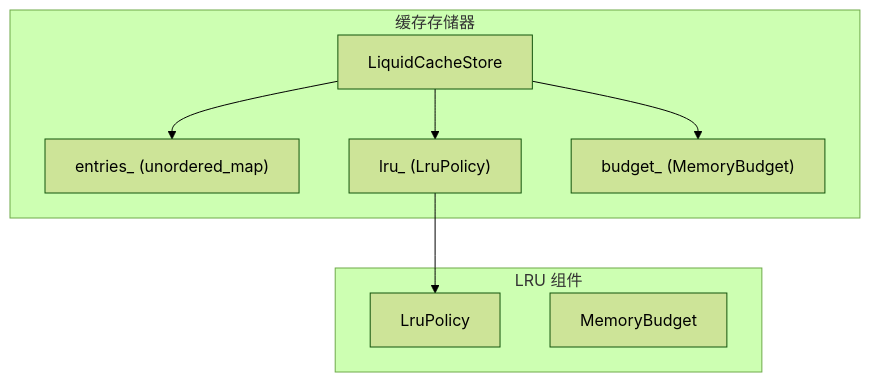
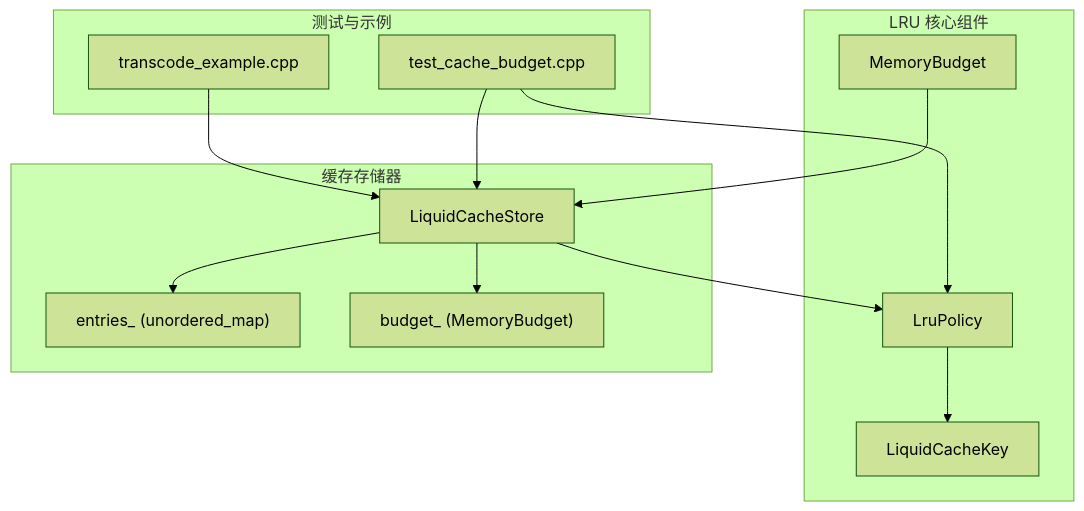
Before and after one commit to tenglei/liquidCacheVelox: the first of 4 diagrams in .qoder/repowiki/zh/content/缓存系统详解/LRU 淘汰策略.md, drawn with Mermaid (forest theme). The commit also changed other lines of this file and 8 other files, not shown here.

````diff
--- a/.qoder/repowiki/zh/content/缓存系统详解/LRU 淘汰策略.md
+++ b/.qoder/repowiki/zh/content/缓存系统详解/LRU 淘汰策略.md
@@ -39,17 +44,25 @@
 ```mermaid
 graph TB
-subgraph "LRU 组件"
-LRU["LruPolicy<Key>"]
+subgraph "LRU 核心组件"
+LRU["LruPolicy<T>"]
 MB["MemoryBudget"]
+LCK["LiquidCacheKey"]
 end
 subgraph "缓存存储器"
 LCS["LiquidCacheStore"]
-MAP["entries_ (unordered_map)"]
-LRU2["lru_ (LruPolicy<LiquidCacheKey>)"]
+ENT["entries_ (unordered_map)"]
 BUD["budget_ (MemoryBudget)"]
 end
-LCS --> LRU2
+subgraph "测试与示例"
+TST["test_cache_budget.cpp"]
+EXM["transcode_example.cpp"]
+end
+LCS --> LRU
 LCS --> BUD
-LCS --> MAP
-LRU2 --> LRU
+LCS --> ENT
+LRU --> LCK
+MB --> LCS
+TST --> LCS
+TST --> LRU
+EXM --> LCS
 ```
````
